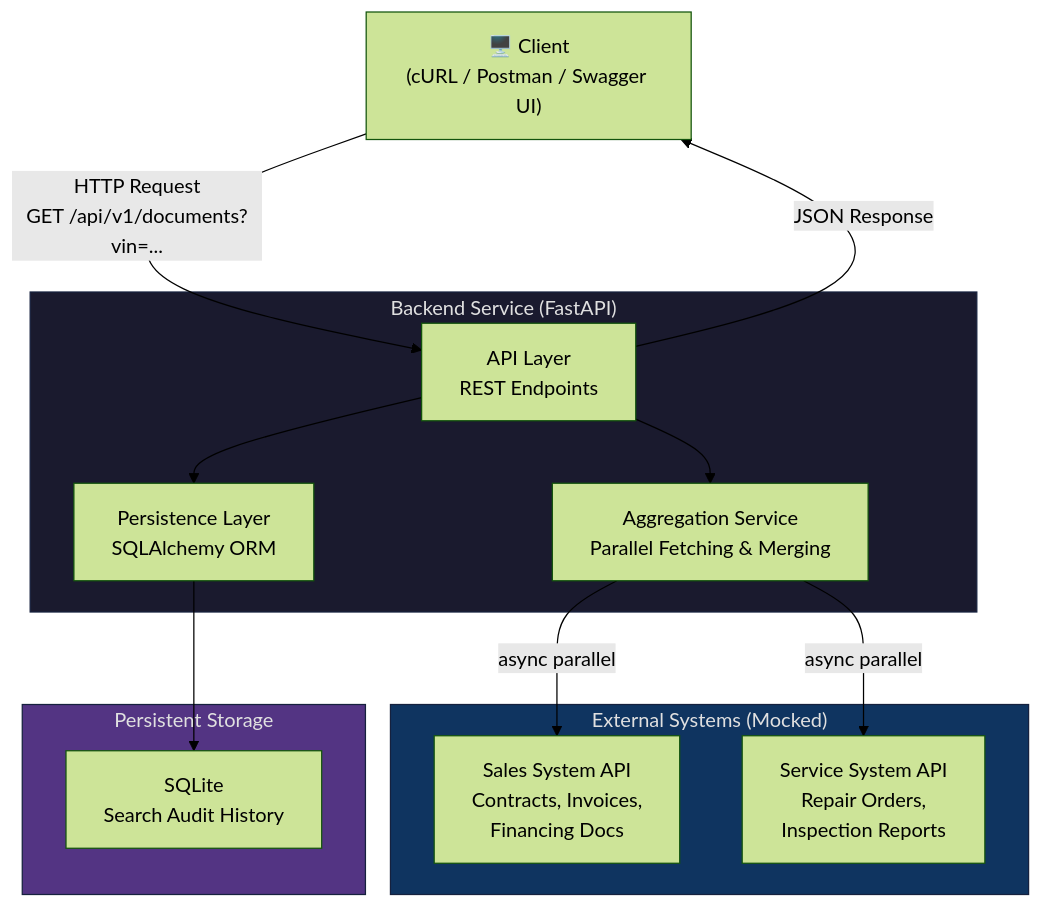
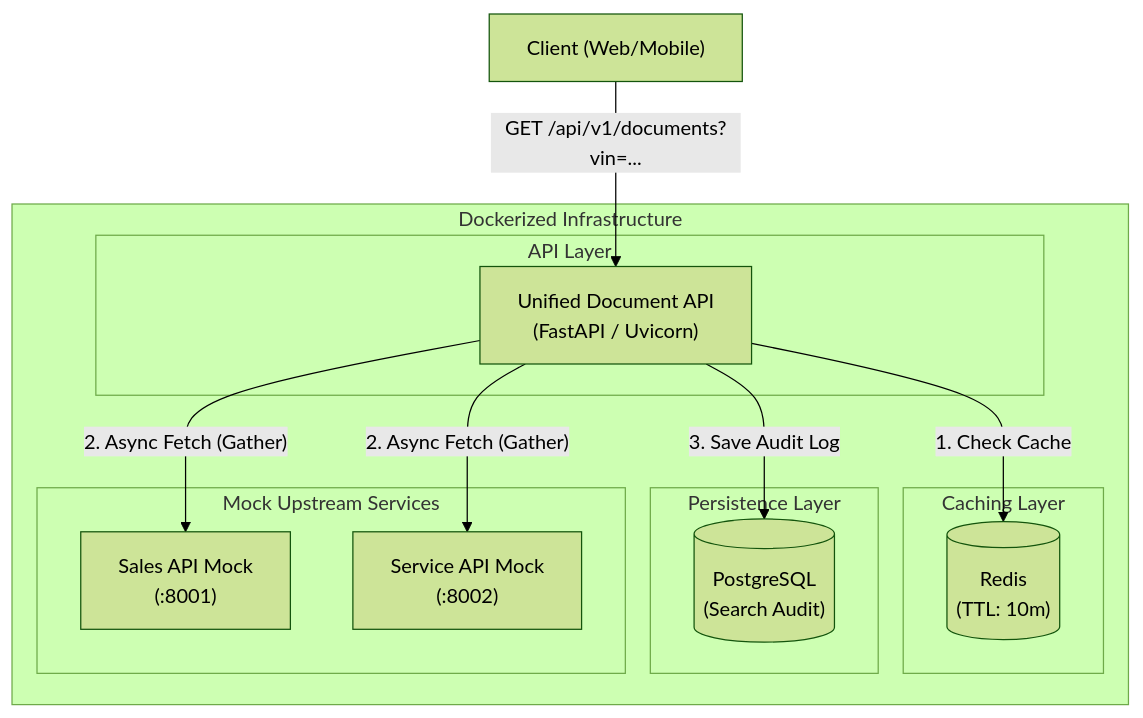
Before and after one commit to Hodnduy/unified-document-viewer: the diagram in docs/SYSTEM_DESIGN.md, drawn with Mermaid (forest theme). The commit also changed other lines of this file and 3 other files, not shown here.

Commit message:
feat: complete microservices architecture with redis, postgres, alembic, and ci/cd

````diff
--- a/docs/SYSTEM_DESIGN.md
+++ b/docs/SYSTEM_DESIGN.md
@@ -45,31 +23,30 @@
 ```mermaid
 graph TB
-    Client["🖥️ Client<br/>(cURL / Postman / Swagger UI)"]
+    Client["Client (Web/Mobile)"]
 
-    subgraph Backend["Backend Service (FastAPI)"]
-        API["API Layer<br/>REST Endpoints"]
-        AGG["Aggregation Service<br/>Parallel Fetching & Merging"]
-        DB["Persistence Layer<br/>SQLAlchemy ORM"]
+    subgraph "Dockerized Infrastructure"
+        subgraph "API Layer"
+            FastAPI["Unified Document API<br/>(FastAPI / Uvicorn)"]
+        end
+
+        subgraph "Caching Layer"
+            Redis[("Redis<br/>(TTL: 10m)")]
+        end
+
+        subgraph "Persistence Layer"
+            Postgres[("PostgreSQL<br/>(Search Audit)")]
+        end
+
+        subgraph "Mock Upstream Services"
+            SalesAPI["Sales API Mock<br/>(:8001)"]
+            ServiceAPI["Service API Mock<br/>(:8002)"]
+        end
     end
 
-    subgraph External["External Systems (Mocked)"]
-        SALES["Sales System API<br/>Contracts, Invoices,<br/>Financing Docs"]
-        SERVICE["Service System API<br/>Repair Orders,<br/>Inspection Reports"]
-    end
-
-    subgraph Storage["Persistent Storage"]
-        SQLITE["SQLite<br/>Search Audit History"]
-    end
-
-    Client -->|"HTTP Request<br/>GET /api/v1/documents?vin=..."| API
-    API --> AGG
-    AGG -->|"async parallel"| SALES
-    AGG -->|"async parallel"| SERVICE
-    API --> DB
-    DB --> SQLITE
-    API -->|"JSON Response"| Client
-
-    style Backend fill:#1a1a2e,stroke:#16213e,color:#e0e0e0
-    style External fill:#0f3460,stroke:#16213e,color:#e0e0e0
-    style Storage fill:#533483,stroke:#16213e,color:#e0e0e0
+    Client -- "GET /api/v1/documents?vin=..." --> FastAPI
+    
+    FastAPI -- "1. Check Cache" --> Redis
+    FastAPI -- "2. Async Fetch (Gather)" --> SalesAPI
+    FastAPI -- "2. Async Fetch (Gather)" --> ServiceAPI
+    FastAPI -- "3. Save Audit Log" --> Postgres
 ```
````
